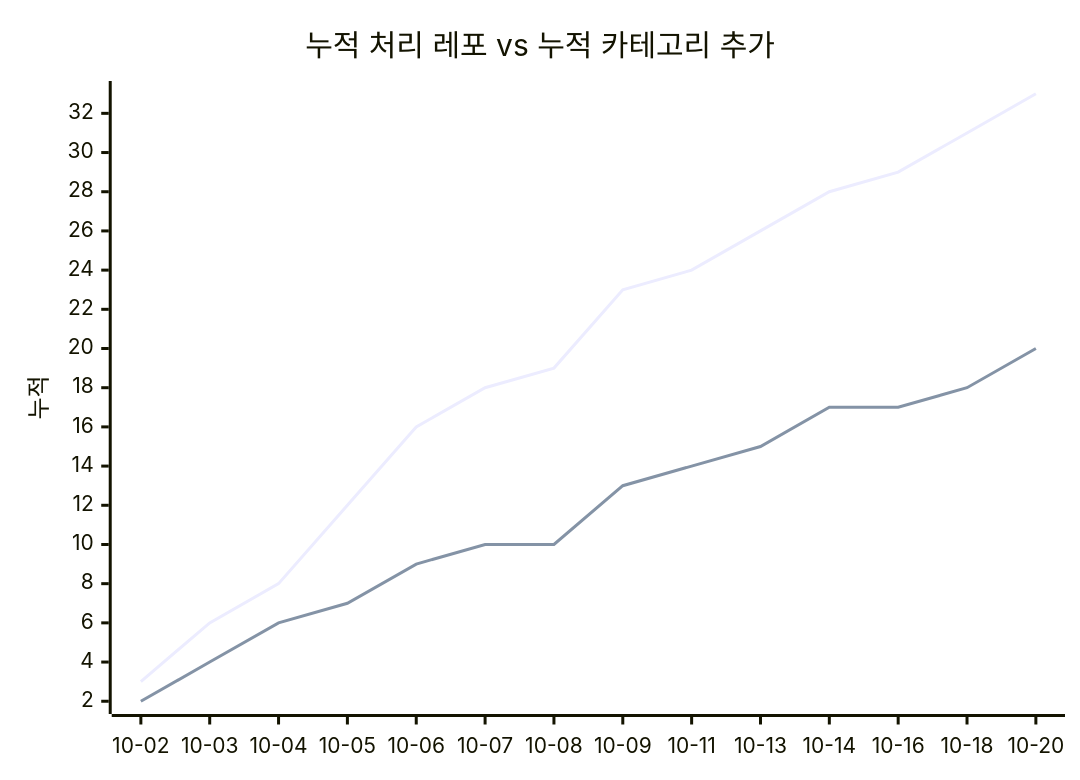
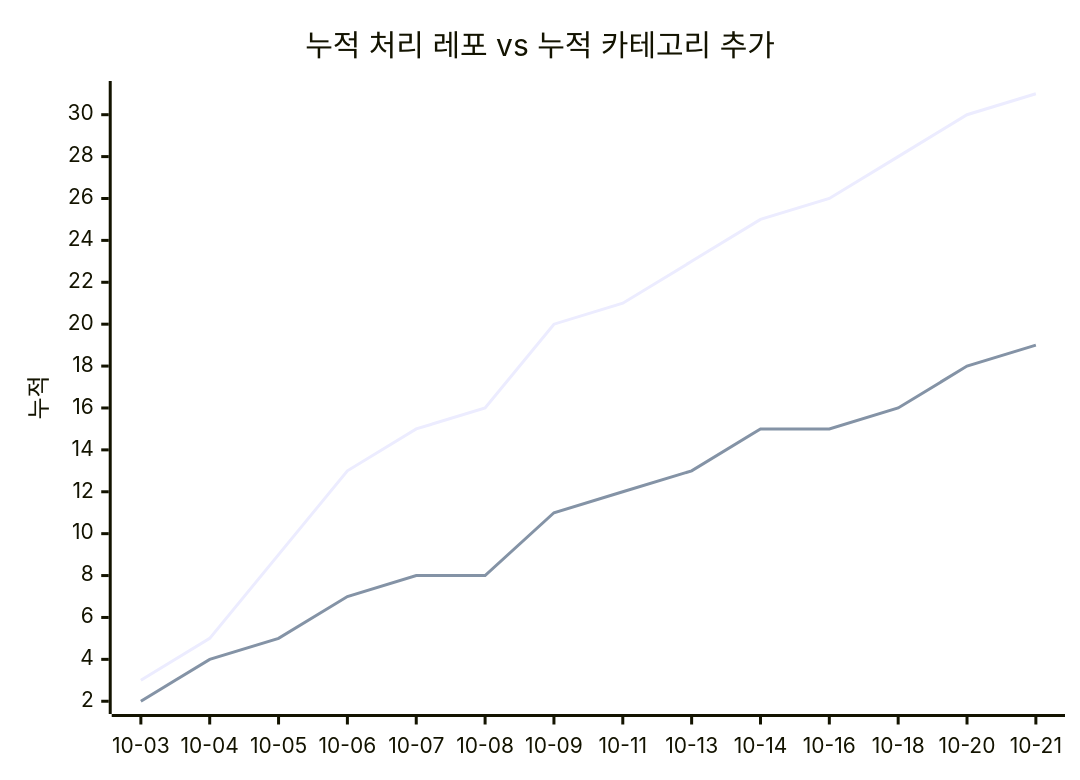
Before and after one commit to J-nowcow/awesome-korean-agent-skills: the second of 2 diagrams in docs/trends.md, drawn with Mermaid. The commit also changed other lines of this file and 3 other files, not shown here.

````diff
--- a/docs/trends.md
+++ b/docs/trends.md
@@ -68,8 +68,8 @@
 ```mermaid
 xychart-beta
     title "누적 처리 레포 vs 누적 카테고리 추가"
-    x-axis ["10-02","10-03","10-04","10-05","10-06","10-07","10-08","10-09","10-11","10-13","10-14","10-16","10-18","10-20"]
+    x-axis ["10-03","10-04","10-05","10-06","10-07","10-08","10-09","10-11","10-13","10-14","10-16","10-18","10-20","10-21"]
     y-axis "누적"
-    line [3,6,8,12,16,18,19,23,24,26,28,29,31,33]
-    line [2,4,6,7,9,10,10,13,14,15,17,17,18,20]
+    line [3,5,9,13,15,16,20,21,23,25,26,28,30,31]
+    line [2,4,5,7,8,8,11,12,13,15,15,16,18,19]
 ```
````
